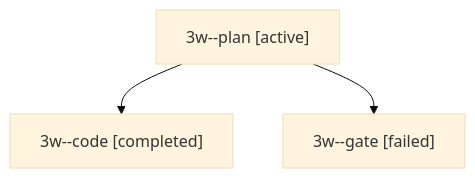
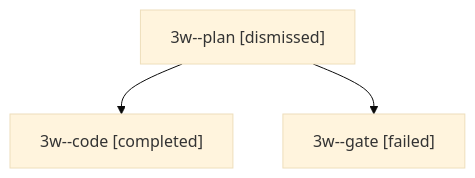
One commit to bobs-org/bob-cli--agents changed the diagram in sessions/bbugyi200.apollo.3w.md. Above: the diagram before and after it, drawn with Mermaid (base theme). The commit also changed other lines of this file and 36 other files, not shown here.

````diff
--- a/sessions/bbugyi200.apollo.3w.md
+++ b/sessions/bbugyi200.apollo.3w.md
@@ -9,8 +9,8 @@
 ```mermaid
 flowchart TD
-  n0["3w--plan [active]"]
+  n0["3w--plan [dismissed]"]
   n1["3w--code [completed]"]
   n0 --> n1
   n2["3w--gate [failed]"]
   n0 --> n2
 ```
````
